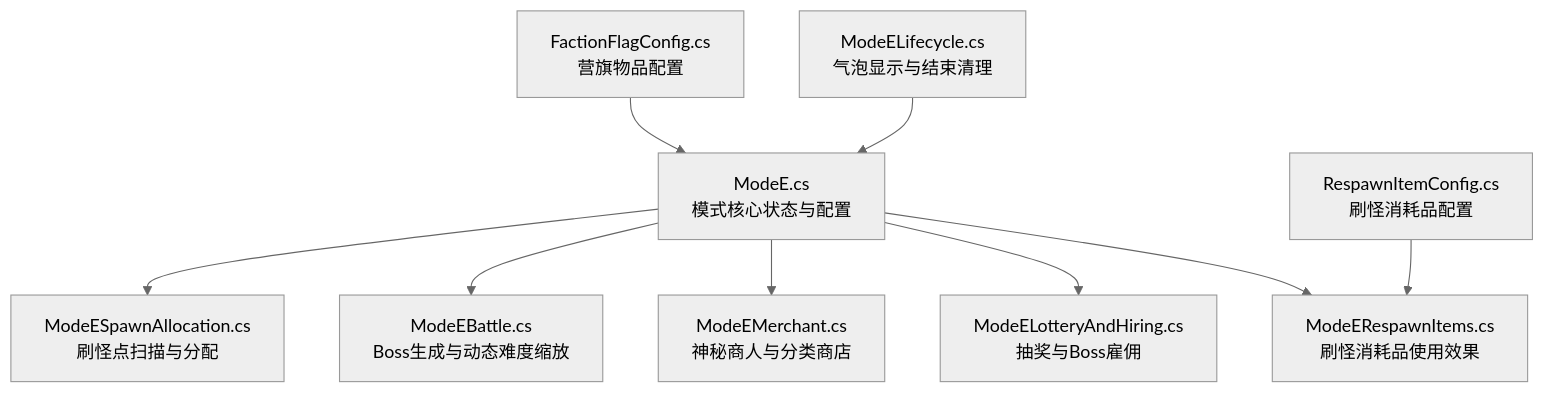
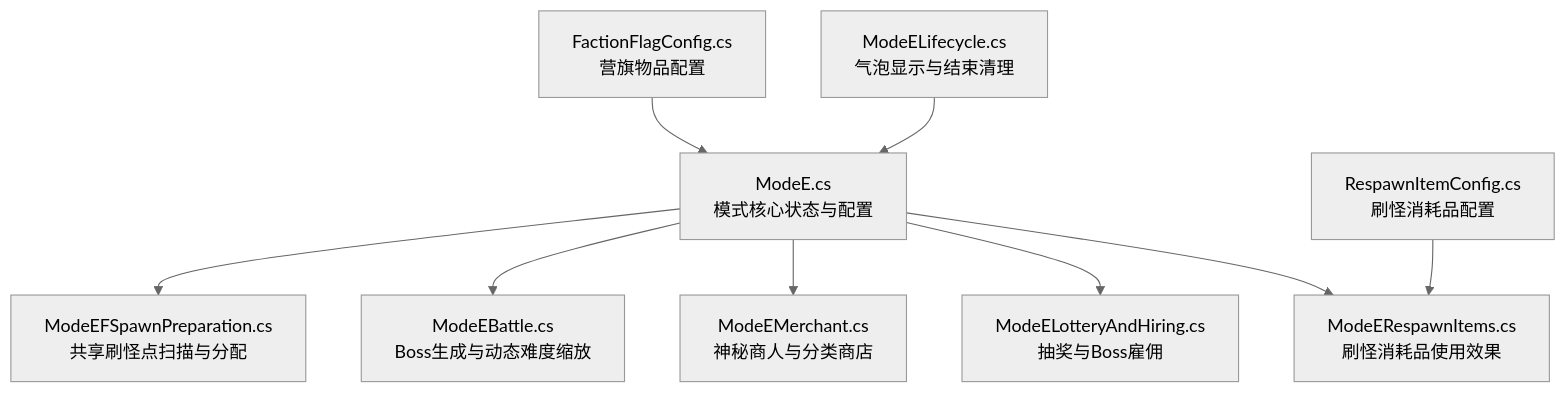
Before and after one commit to GASEN1216/BossRushMod: the first of 9 diagrams in .qoder/repowiki/zh/content/项目概览/核心功能特性/游戏模式系统/Mode E：划地为营.md, drawn with Mermaid (neutral theme). The commit also changed other lines of this file and 21 other files, not shown here.

````diff
--- a/.qoder/repowiki/zh/content/项目概览/核心功能特性/游戏模式系统/Mode E：划地为营.md
+++ b/.qoder/repowiki/zh/content/项目概览/核心功能特性/游戏模式系统/Mode E：划地为营.md
@@ -34,11 +36,11 @@
 ```mermaid
 graph TB
-A["ModeE.cs<br/>模式核心状态与配置"] --> B["ModeESpawnAllocation.cs<br/>刷怪点扫描与分配"]
+A["ModeE.cs<br/>模式核心状态与配置"] --> B["ModeEFSpawnPreparation.cs<br/>共享刷怪点扫描与分配"]
 A --> C["ModeEBattle.cs<br/>Boss生成与动态难度缩放"]
 A --> D["ModeEMerchant.cs<br/>神秘商人与分类商店"]
 A --> E["ModeELotteryAndHiring.cs<br/>抽奖与Boss雇佣"]
 A --> F["ModeERespawnItems.cs<br/>刷怪消耗品使用效果"]
 G["FactionFlagConfig.cs<br/>营旗物品配置"] --> A
 H["RespawnItemConfig.cs<br/>刷怪消耗品配置"] --> F
 I["ModeELifecycle.cs<br/>气泡显示与结束清理"] --> A
 ```
````
